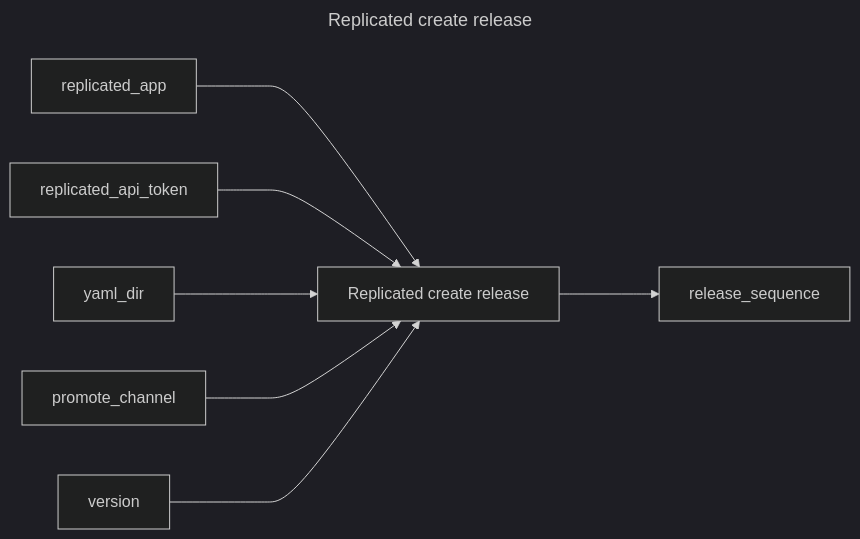
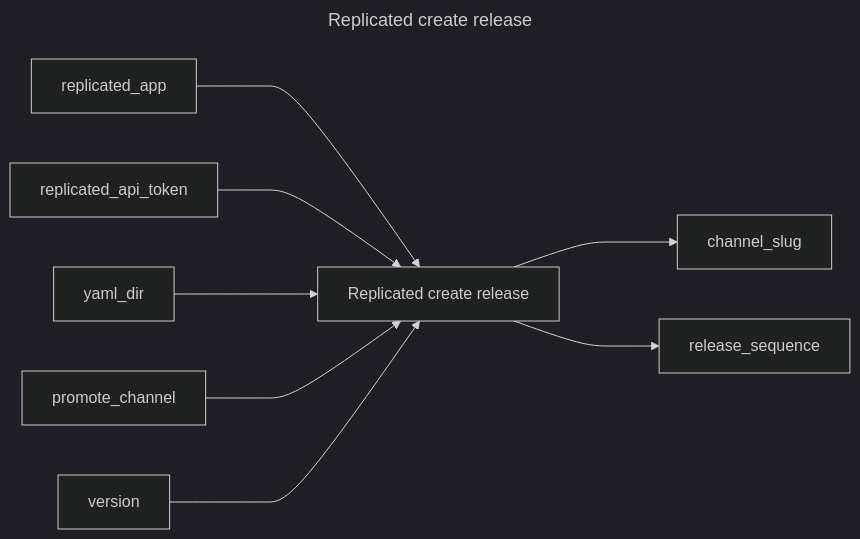
Before and after one commit to replicatedhq/replicated-actions: the diagram in create-release/README.md, drawn with Mermaid (dark theme).

Commit message:
Update action diagram

````diff
--- a/create-release/README.md
+++ b/create-release/README.md
@@ -3,13 +3,14 @@
 ```mermaid
 ---
 title: Replicated create release
 ---
 graph LR
 replicated_create_release["Replicated create release"]
 replicated_app ---> replicated_create_release
 replicated_api_token ---> replicated_create_release
 yaml_dir ---> replicated_create_release
 promote_channel ---> replicated_create_release
 version ---> replicated_create_release
+replicated_create_release ---> channel_slug
 replicated_create_release ---> release_sequence
 ```
````
